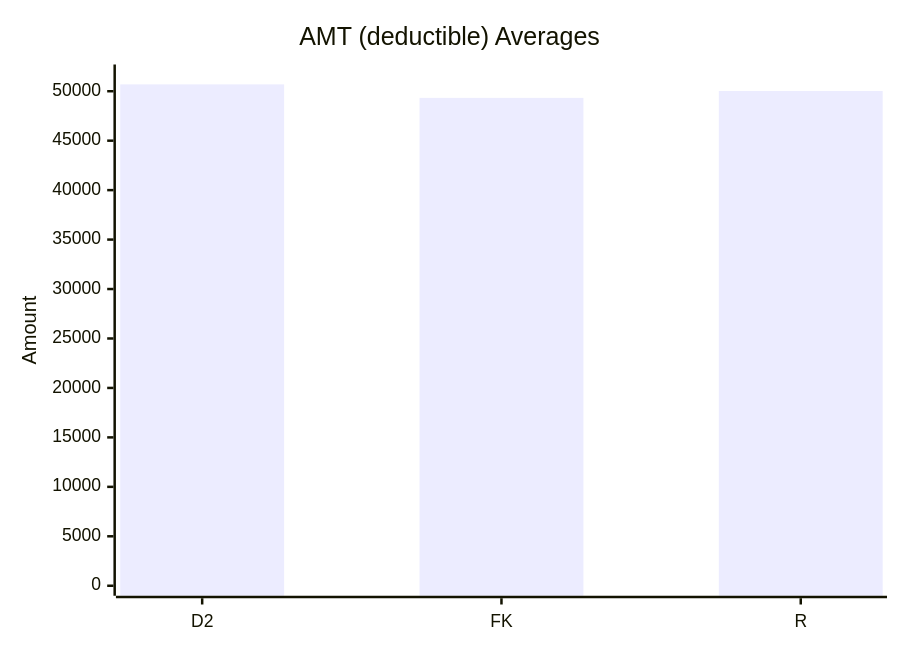
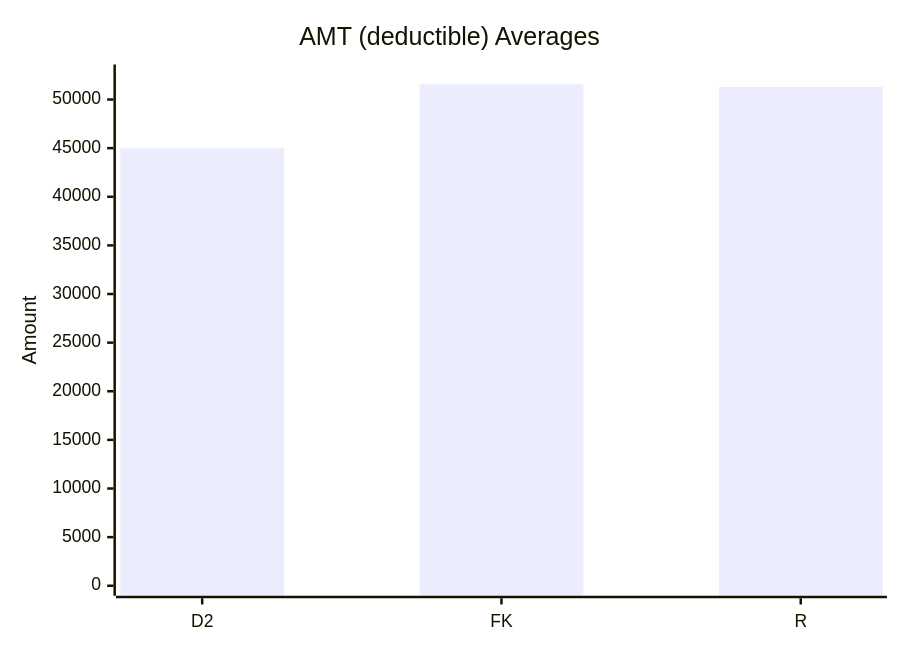
The ninth of 10 diagrams in test-tools/DataGen/src/Statistics_Visualizer.md (dhagan-va/intern-2025), drawn with Mermaid before and after one commit. The commit also changed other lines of this file and 3 other files, not shown here.

````diff
--- a/test-tools/DataGen/src/Statistics_Visualizer.md
+++ b/test-tools/DataGen/src/Statistics_Visualizer.md
@@ -98,7 +98,7 @@
 ```mermaid
 xychart-beta
     title "AMT (deductible) Averages"
     x-axis ["D2", "FK", "R"]
-    y-axis "Amount" 0 --> 51690.38481037922
-    bar [50690.38481037922, 49329.194091816375, 50026.423712574804]
+    y-axis "Amount" 0 --> 52573.358118811906
+    bar [44980.4706930693, 51573.358118811906, 51291.260297029694]
 ```
````
